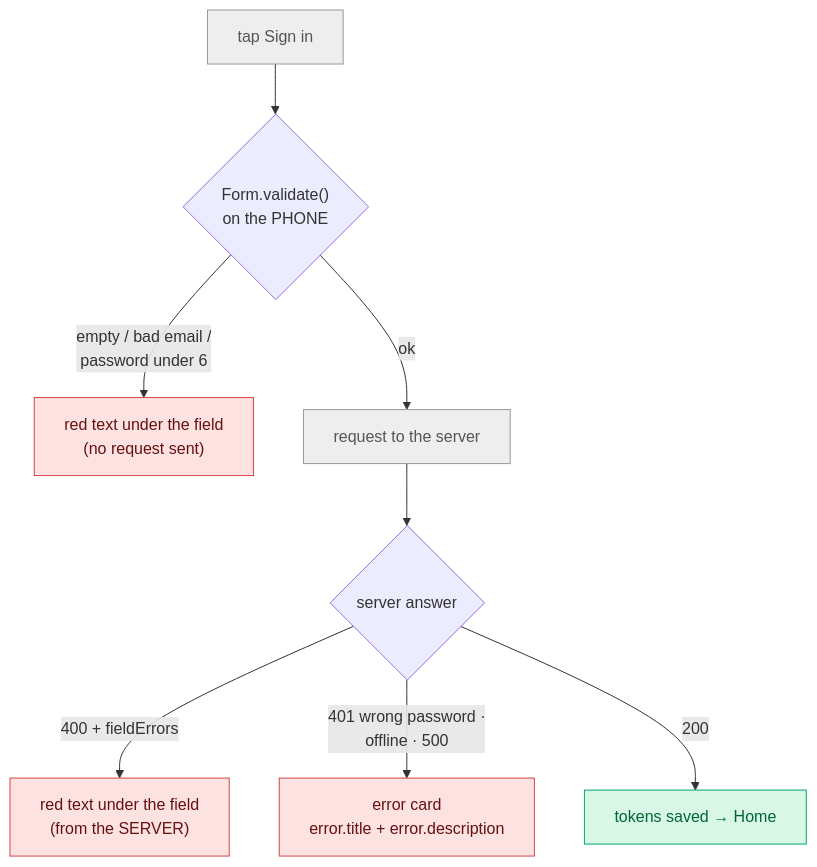
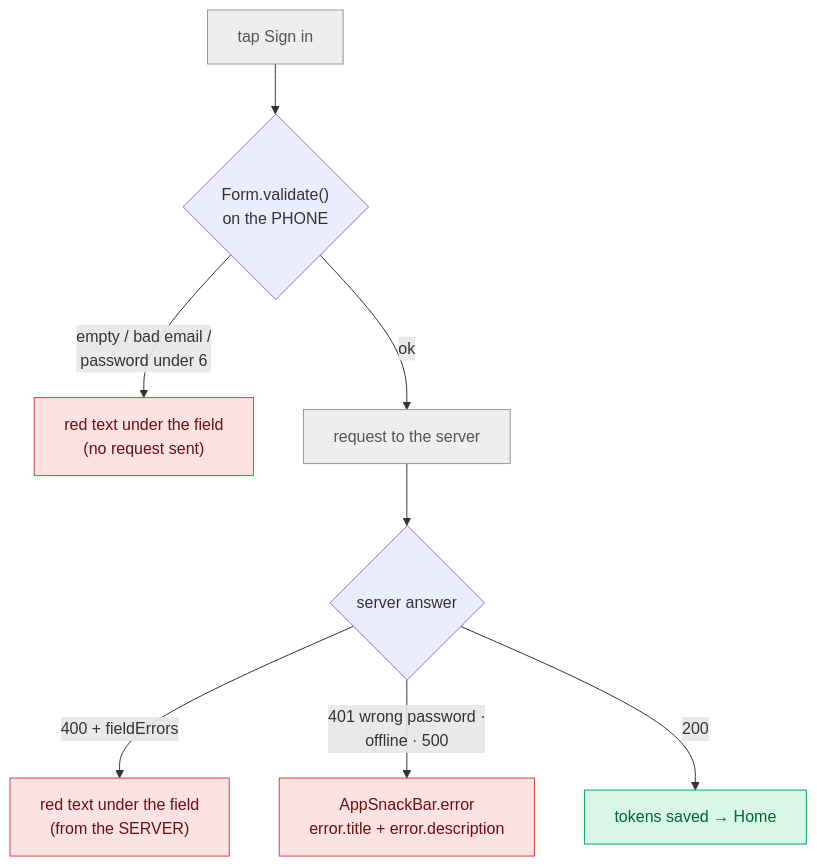
Before and after one commit to krouchvanyda/erp_flutter_claude: the third of 12 diagrams in docs/learning/REBUILD/07-login.md, drawn with Mermaid. The commit also changed other lines of this file and 8 other files, not shown here.

Commit message:
feat(auth): improve error handling for 401 responses on public endpoints and implement AppSnackBar for error notifications

````diff
--- a/docs/learning/REBUILD/07-login.md
+++ b/docs/learning/REBUILD/07-login.md
@@ -75,17 +75,17 @@
 ```mermaid
 flowchart TD
     TAP["tap Sign in"] --> F{"Form.validate()<br/>on the PHONE"}
     F -->|"empty / bad email /<br/>password under 6"| FE["red text under the field<br/>(no request sent)"]
     F -->|"ok"| REQ["request to the server"]
     REQ --> R{"server answer"}
     R -->|"400 + fieldErrors"| SE["red text under the field<br/>(from the SERVER)"]
-    R -->|"401 wrong password ·<br/>offline · 500"| CARD["error card<br/>error.title + error.description"]
+    R -->|"401 wrong password ·<br/>offline · 500"| CARD["AppSnackBar.error<br/>error.title + error.description"]
     R -->|"200"| OK["tokens saved → Home"]
 
     classDef err fill:#fde2e2,stroke:#d64545,color:#611
     classDef ok fill:#d9f7e6,stroke:#00a86b,color:#063
     classDef none fill:#eeeeee,stroke:#999,color:#555
     class FE,SE,CARD err
     class OK ok
     class TAP,REQ none
 ```
````
